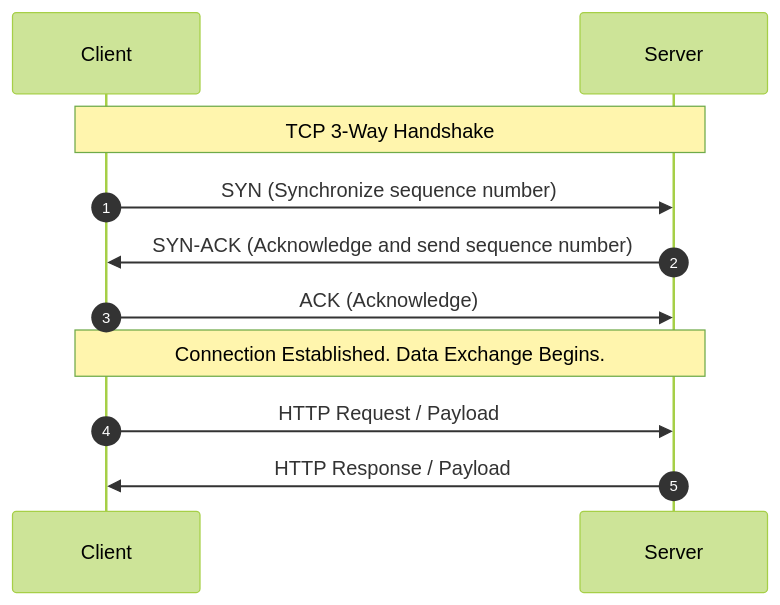
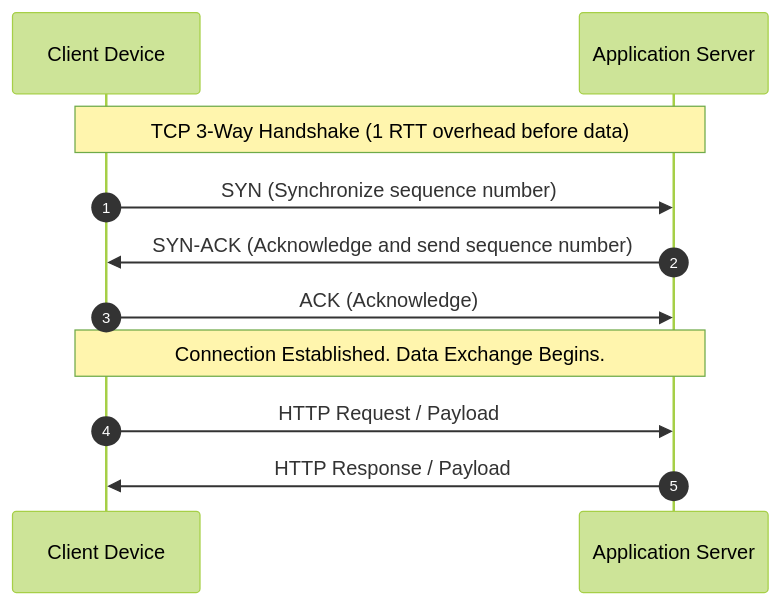
One commit to kvai9826/system-design-for-program-managers changed the first of 5 diagrams in 01-foundations/01-client-server-networking.md. Above: the diagram before and after it, drawn with Mermaid (forest theme). The commit also changed other lines of this file and 30 other files, not shown here.

````diff
--- a/01-foundations/01-client-server-networking.md
+++ b/01-foundations/01-client-server-networking.md
@@ -21,14 +25,14 @@
 ```mermaid
 sequenceDiagram
     autonumber
-    participant Client
-    participant Server
+    participant Client as Client Device
+    participant Server as Application Server
 
-    Note over Client,Server: TCP 3-Way Handshake
+    Note over Client,Server: TCP 3-Way Handshake (1 RTT overhead before data)
     Client->>Server: SYN (Synchronize sequence number)
     Server->>Client: SYN-ACK (Acknowledge and send sequence number)
     Client->>Server: ACK (Acknowledge)
     Note over Client,Server: Connection Established. Data Exchange Begins.
     Client->>Server: HTTP Request / Payload
     Server->>Client: HTTP Response / Payload
 ```
````
